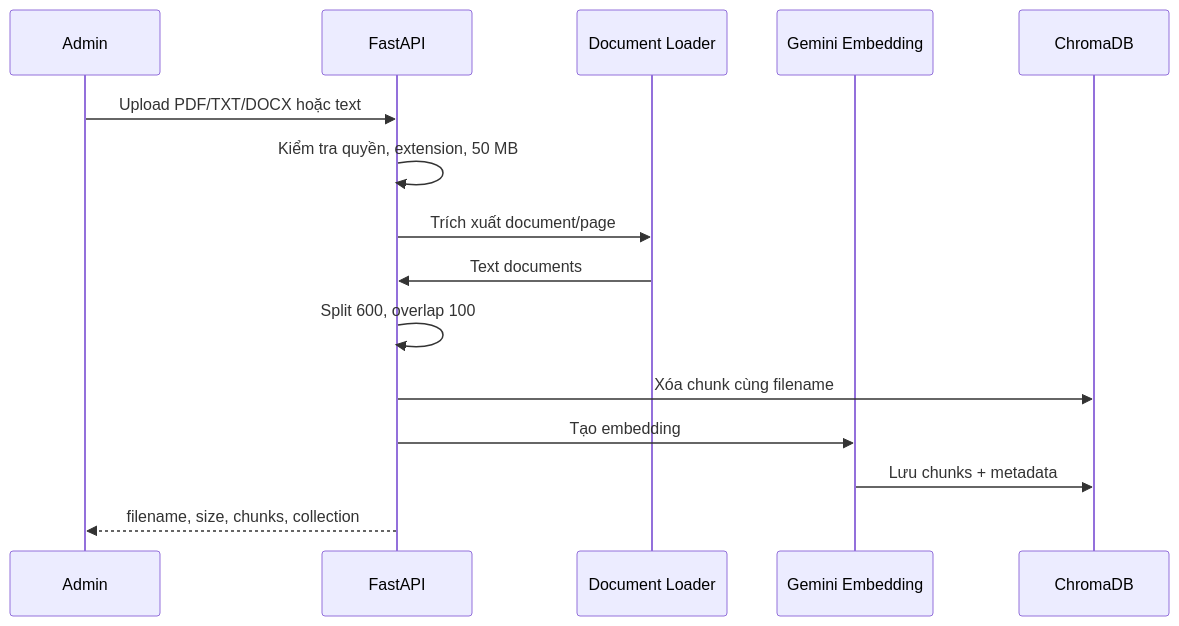
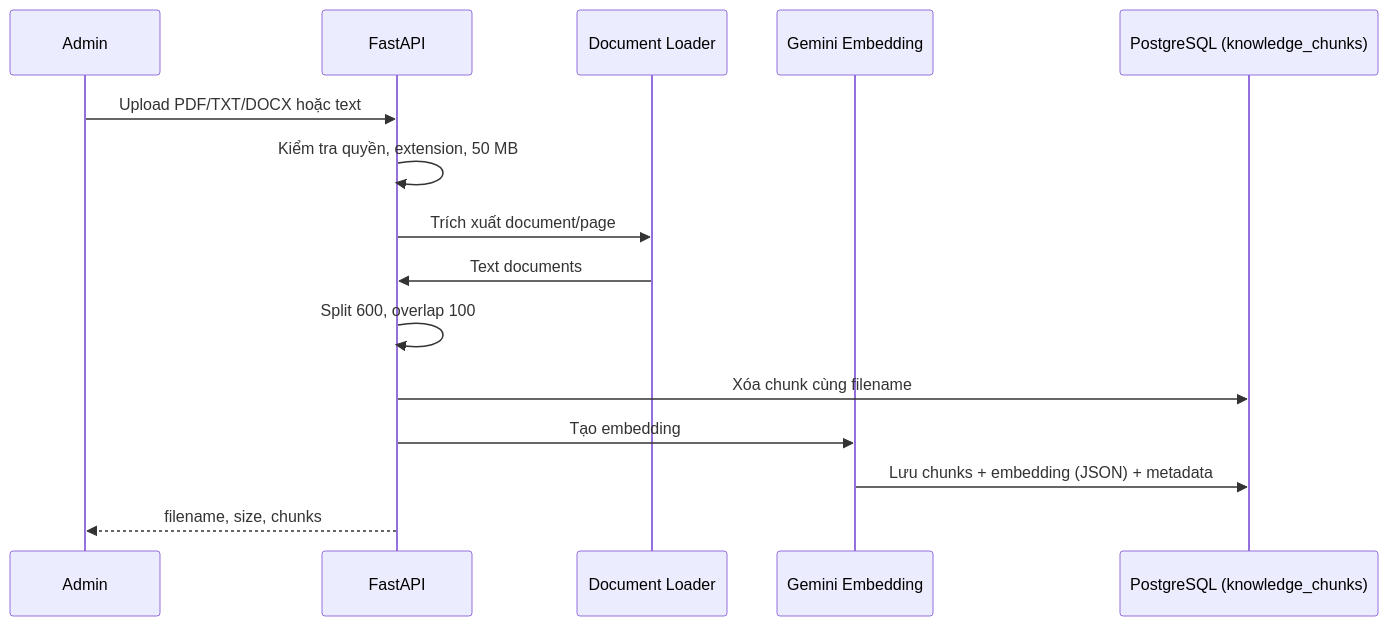
The second of 2 diagrams in reengineered_docs/10_Software_Architecture.md (uncletanh/CNPM-Group-1), drawn with Mermaid before and after one commit. The commit also changed other lines of this file and 16 other files, not shown here.

````diff
--- a/reengineered_docs/10_Software_Architecture.md
+++ b/reengineered_docs/10_Software_Architecture.md
@@ -100,17 +126,17 @@
 ```mermaid
 sequenceDiagram
     participant A as Admin
     participant API as FastAPI
     participant L as Document Loader
     participant E as Gemini Embedding
-    participant C as ChromaDB
+    participant DB as PostgreSQL (knowledge_chunks)
     A->>API: Upload PDF/TXT/DOCX hoặc text
     API->>API: Kiểm tra quyền, extension, 50 MB
     API->>L: Trích xuất document/page
     L->>API: Text documents
     API->>API: Split 600, overlap 100
-    API->>C: Xóa chunk cùng filename
+    API->>DB: Xóa chunk cùng filename
     API->>E: Tạo embedding
-    E->>C: Lưu chunks + metadata
-    API-->>A: filename, size, chunks, collection
+    E->>DB: Lưu chunks + embedding (JSON) + metadata
+    API-->>A: filename, size, chunks
 ```
````
